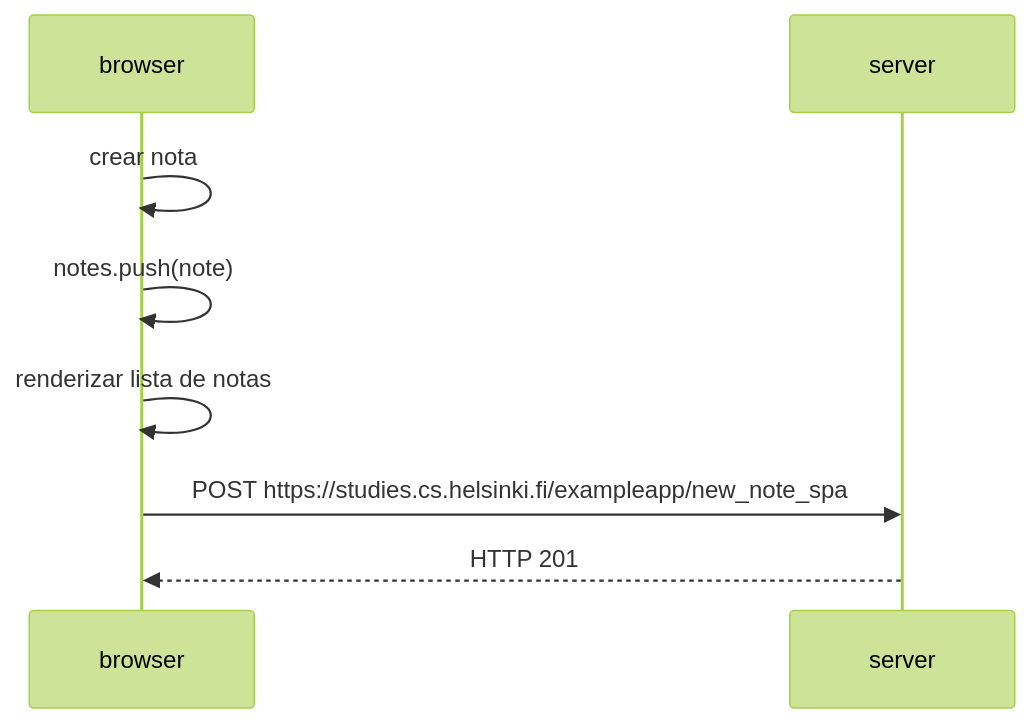
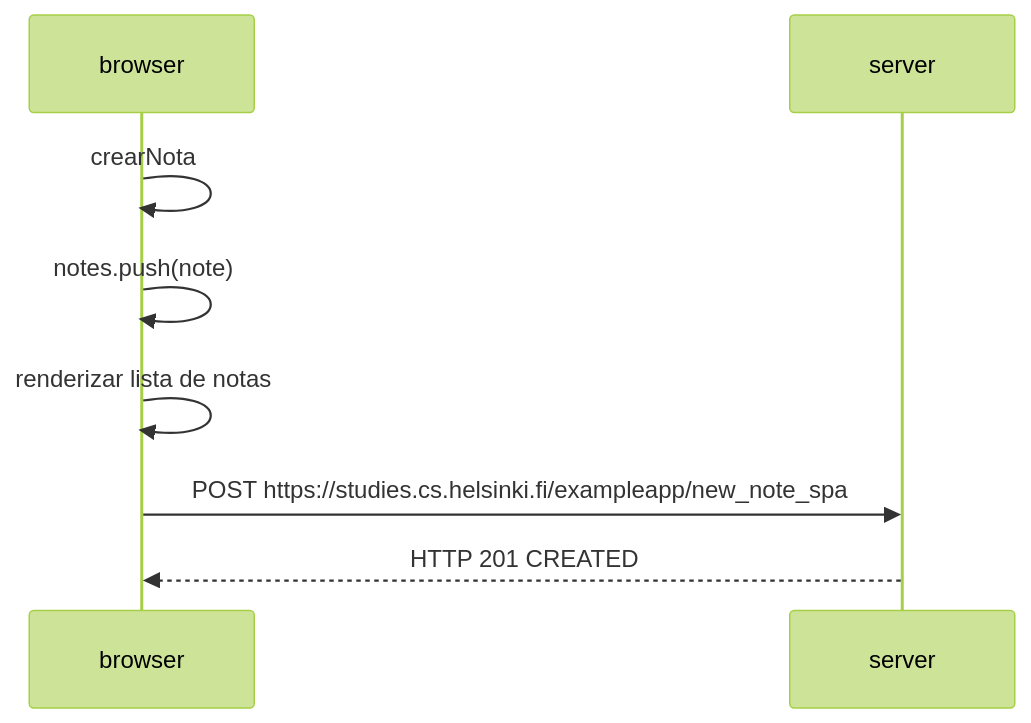
Before and after one commit to gastonracing98/part0: the third of 3 diagrams in README.md, drawn with Mermaid (forest theme).

````diff
--- a/README.md
+++ b/README.md
@@ -46,11 +46,11 @@
 ```mermaid
 sequenceDiagram
-browser->>browser: crear nota
+browser->>browser: crearNota
 browser->>browser: notes.push(note)
 browser->>browser: renderizar lista de notas
 
 browser->>server: POST https://studies.cs.helsinki.fi/exampleapp/new_note_spa
-server-->>browser: HTTP 201
+server-->>browser: HTTP 201 CREATED
 
 
 ```
````
